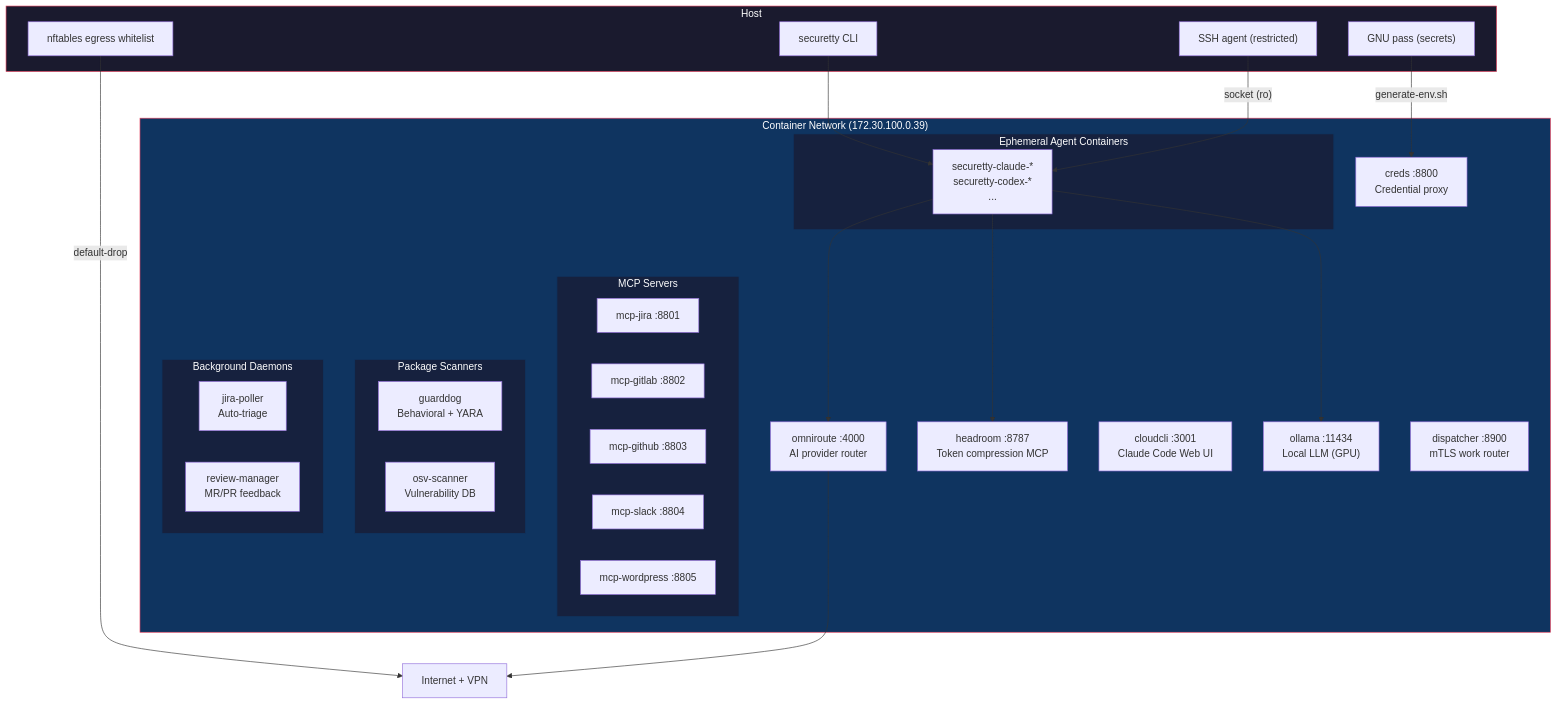
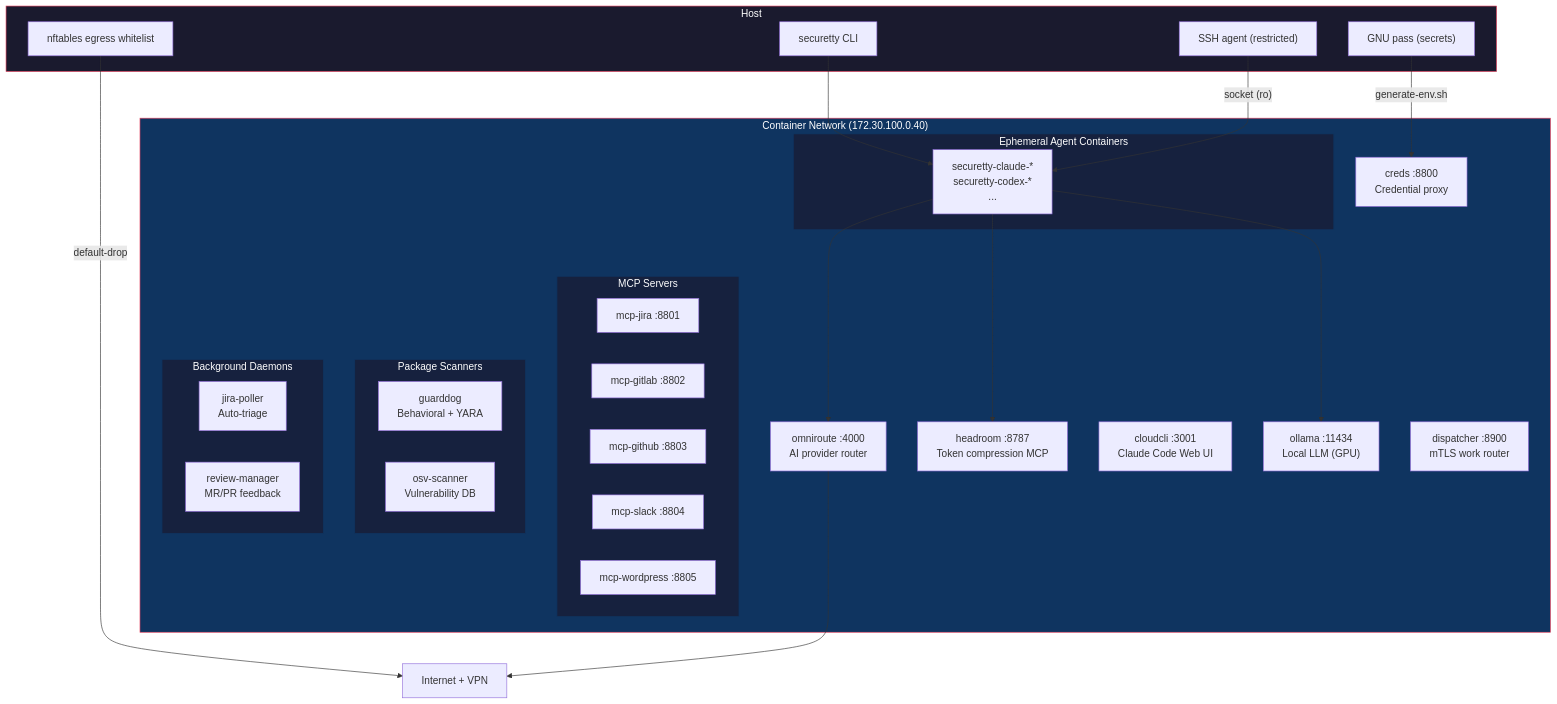
Before and after one commit to dmzoneill/securetty: the first of 2 diagrams in README.md, drawn with Mermaid. The commit also changed 1 other file, not shown here.

Commit message:
chore: bump version to v0.0.40

````diff
--- a/README.md
+++ b/README.md
@@ -11,58 +11,58 @@
 ```mermaid
 graph TD
     Internet["Internet + VPN"]
 
     subgraph host["Host"]
         CLI["securetty CLI"]
         SSHAgent["SSH agent (restricted)"]
         Pass["GNU pass (secrets)"]
         Egress["nftables egress whitelist"]
     end
 
-    subgraph network["Container Network (172.30.100.0.39)"]
+    subgraph network["Container Network (172.30.100.0.40)"]
         OmniRoute["omniroute :4000\nAI provider router"]
         Headroom["headroom :8787\nToken compression MCP"]
         CloudCLI["cloudcli :3001\nClaude Code Web UI"]
         Ollama["ollama :11434\nLocal LLM (GPU)"]
         Creds["creds :8800\nCredential proxy"]
         Dispatcher["dispatcher :8900\nmTLS work router"]
 
         subgraph mcp["MCP Servers"]
             Jira["mcp-jira :8801"]
             GitLab["mcp-gitlab :8802"]
             GitHub["mcp-github :8803"]
             Slack["mcp-slack :8804"]
             WordPress["mcp-wordpress :8805"]
         end
 
         subgraph scanners["Package Scanners"]
             GuardDog["guarddog\nBehavioral + YARA"]
             OSV["osv-scanner\nVulnerability DB"]
         end
 
         subgraph agents["Ephemeral Agent Containers"]
             Dev["securetty-claude-*\nsecuretty-codex-*\n..."]
         end
 
         subgraph daemons["Background Daemons"]
             JiraPoller["jira-poller\nAuto-triage"]
             ReviewMgr["review-manager\nMR/PR feedback"]
         end
     end
 
     CLI --> Dev
     Pass -->|"generate-env.sh"| Creds
     SSHAgent -->|"socket (ro)"| Dev
     Egress -->|"default-drop"| Internet
     Dev --> OmniRoute
     Dev --> Headroom
     Dev --> Ollama
     OmniRoute --> Internet
 
     style network fill:#0f3460,stroke:#e94560,color:#fff
     style host fill:#1a1a2e,stroke:#e94560,color:#fff
     style mcp fill:#16213e,stroke:#0f3460,color:#fff
     style scanners fill:#16213e,stroke:#0f3460,color:#fff
     style agents fill:#16213e,stroke:#0f3460,color:#fff
     style daemons fill:#16213e,stroke:#0f3460,color:#fff
 ```
````
